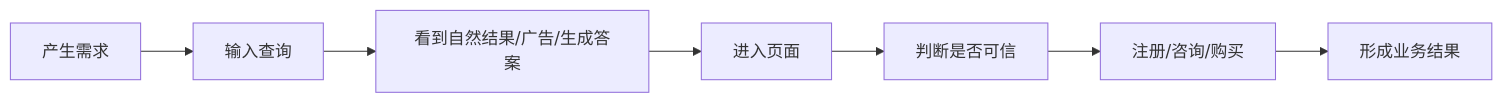
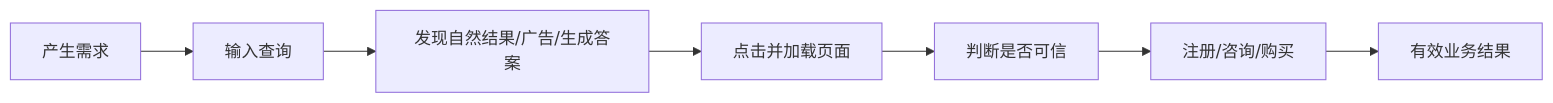
One commit to upJiang/jiang-blog-vitepress changed the diagram in docs/seo/search-growth-model.md. Above: the diagram before and after it, drawn with Mermaid. The commit also changed other lines of this file and 142 other files, not shown here.

````diff
--- a/docs/seo/search-growth-model.md
+++ b/docs/seo/search-growth-model.md
@@ -35,9 +36,9 @@
 ```mermaid
 flowchart LR
   A[产生需求] --> B[输入查询]
-  B --> C[看到自然结果/广告/生成答案]
-  C --> D[进入页面]
+  B --> C[发现自然结果/广告/生成答案]
+  C --> D[点击并加载页面]
   D --> E[判断是否可信]
   E --> F[注册/咨询/购买]
-  F --> G[形成业务结果]
+  F --> G[有效业务结果]
 ```
````
